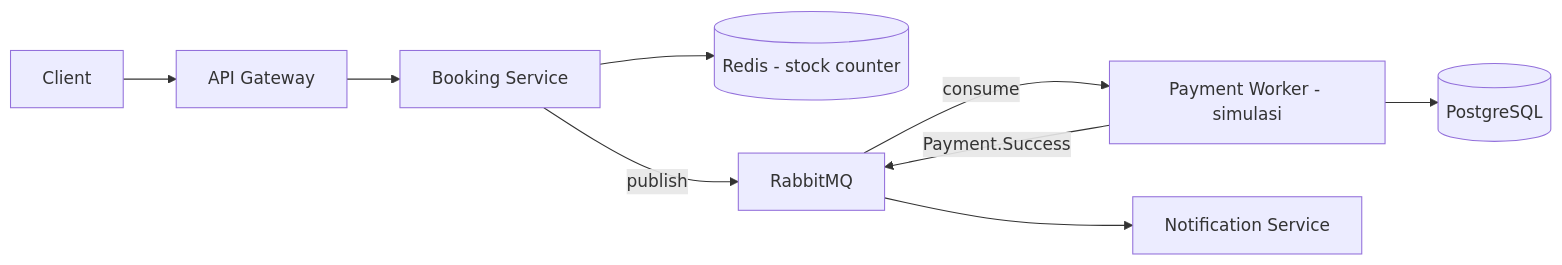
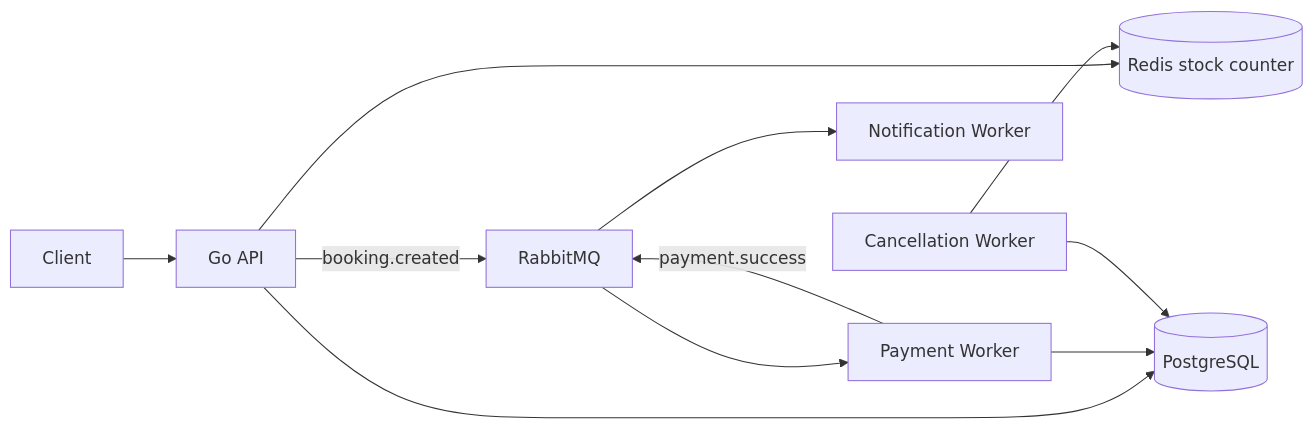
One commit to arsyadal/tix.at changed the diagram in README.md. Above: the diagram before and after it, drawn with Mermaid. The commit also changed other lines of this file and 18 other files, not shown here.

````diff
--- a/README.md
+++ b/README.md
@@ -21,11 +6,13 @@
 ```mermaid
 flowchart LR
-    Client --> GW[API Gateway]
-    GW --> BS[Booking Service]
-    BS --> R[(Redis - stock counter)]
-    BS -->|publish| MQ[RabbitMQ]
-    MQ -->|consume| PS[Payment Worker - simulasi]
-    PS --> PG[(PostgreSQL)]
-    PS -->|Payment.Success| MQ
-    MQ --> NS[Notification Service]
+    Client --> API[Go API]
+    API --> R[(Redis stock counter)]
+    API --> PG[(PostgreSQL)]
+    API -->|booking.created| MQ[RabbitMQ]
+    MQ --> PW[Payment Worker]
+    PW --> PG
+    PW -->|payment.success| MQ
+    MQ --> NS[Notification Worker]
+    CW[Cancellation Worker] --> PG
+    CW --> R
 ```
````
